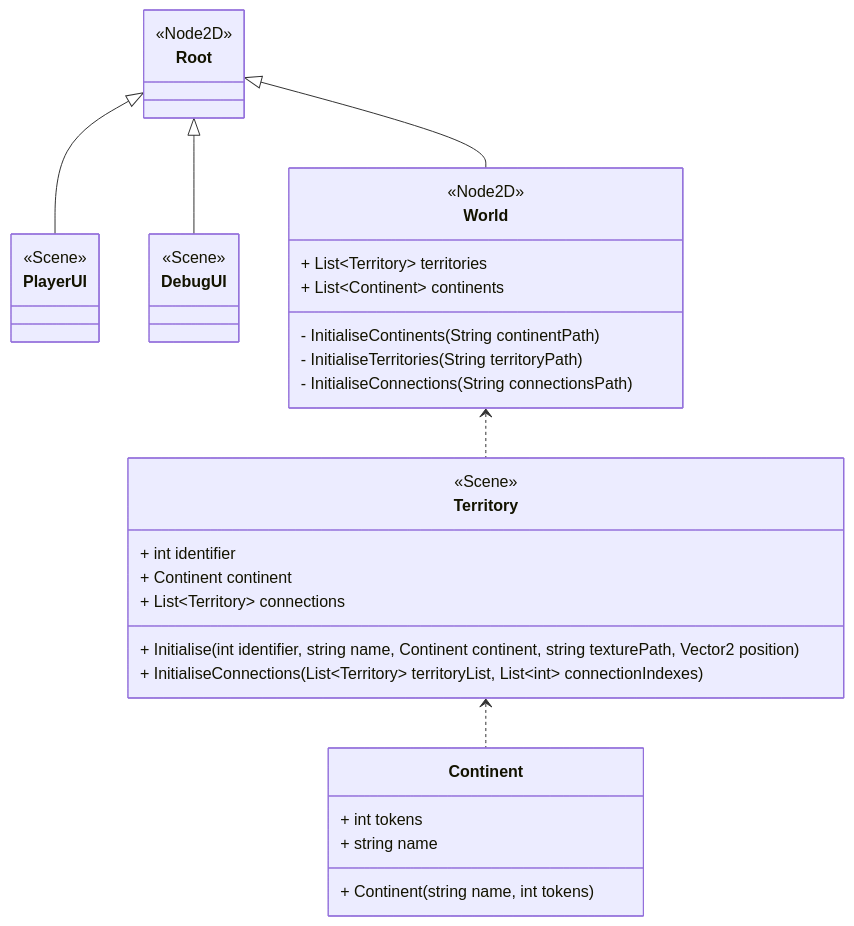
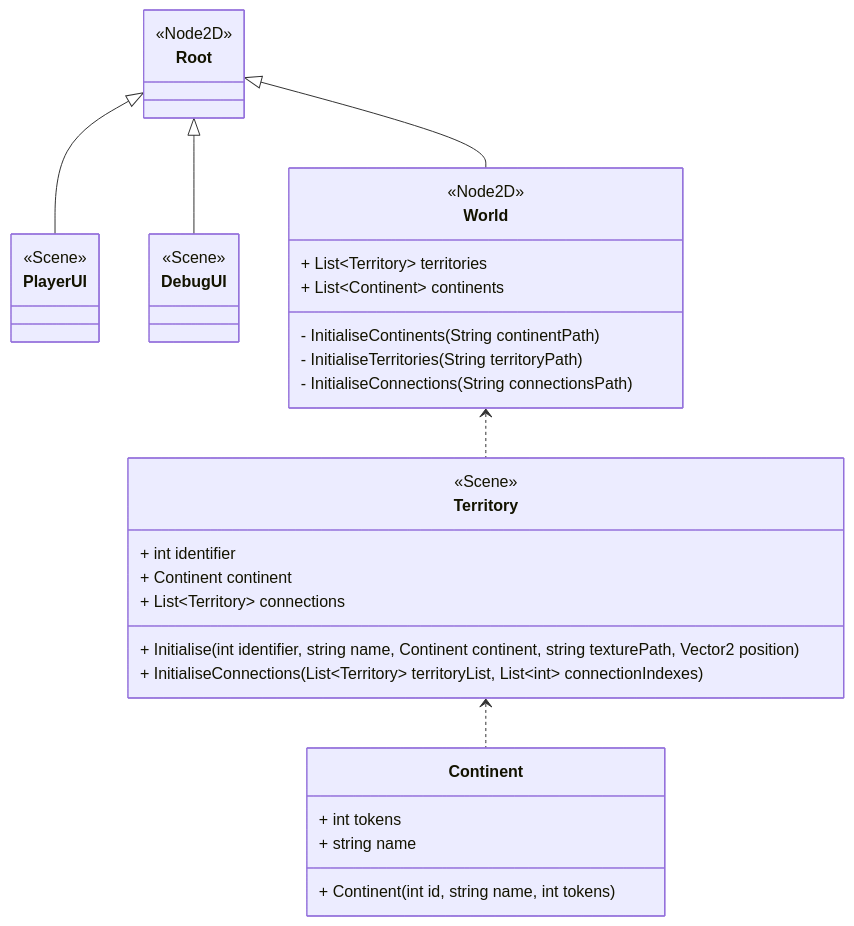
Before and after one commit to LukeS03/Y2_S2_SoftwareEngineeringProject: the second of 2 diagrams in design/Sprint_01_Design.md, drawn with Mermaid.

Commit message:
Last update before a new Sprint 2 branch is created.

````diff
--- a/design/Sprint_01_Design.md
+++ b/design/Sprint_01_Design.md
@@ -73,45 +73,45 @@
 ```mermaid
 classDiagram
     class Root {
         <<Node2D>>
     }
 
     class PlayerUI {
         <<Scene>>
     }
 
     class DebugUI {
         <<Scene>>
     }
 
     class World {
         <<Node2D>>
         + List~Territory~ territories
         + List~Continent~ continents
         - InitialiseContinents(String continentPath)
         - InitialiseTerritories(String territoryPath)
         - InitialiseConnections(String connectionsPath)
     }
 
 
     class Territory {
         <<Scene>>
         + int identifier
         + Continent continent
         + List~Territory~ connections
         + Initialise(int identifier, string name, Continent continent, string texturePath, Vector2 position)
         + InitialiseConnections(List~Territory~ territoryList, List~int~ connectionIndexes)
     }
 
     class Continent {
         + int tokens
         + string name
-        + Continent(string name, int tokens)
+        + Continent(int id, string name, int tokens)
     }
 
     Root <|-- PlayerUI
     Root <|-- DebugUI
     Root <|-- World
     World <.. Territory
     Territory <.. Continent
 ```
````
